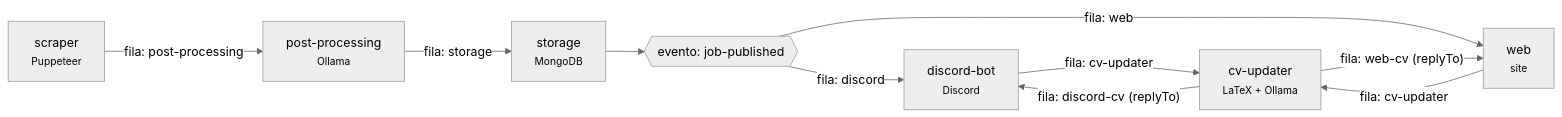
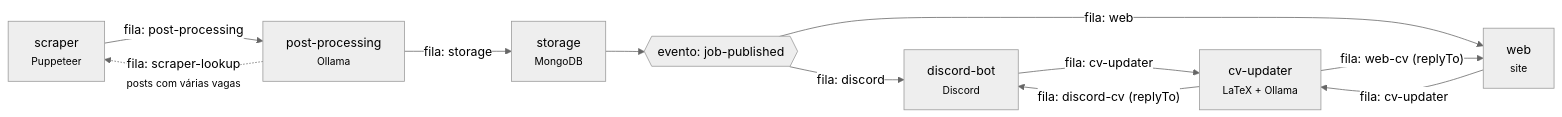
One commit to P0sseid0n/jobs-scraper changed the diagram in README.md. Above: the diagram before and after it, drawn with Mermaid (neutral theme). The commit also changed other lines of this file and 30 other files, not shown here.

First line of the commit message:
Divide posts que listam várias vagas e abre o link de cada uma

````diff
--- a/README.md
+++ b/README.md
@@ -9,12 +9,13 @@
 ```mermaid
 flowchart LR
 	scraper["scraper<br/><small>Puppeteer</small>"] -- "fila: post-processing" --> processing["post-processing<br/><small>Ollama</small>"]
+	processing -. "fila: scraper-lookup<br/><small>posts com várias vagas</small>" .-> scraper
 	processing -- "fila: storage" --> storage["storage<br/><small>MongoDB</small>"]
 	storage --> event{{"evento: job-published"}}
 	event -- "fila: discord" --> bot["discord-bot<br/><small>Discord</small>"]
 	bot -- "fila: cv-updater" --> cv["cv-updater<br/><small>LaTeX + Ollama</small>"]
 	cv -- "fila: discord-cv (replyTo)" --> bot
 	event -- "fila: web" --> web["web<br/><small>site</small>"]
 	web -- "fila: cv-updater" --> cv
 	cv -- "fila: web-cv (replyTo)" --> web
 ```
````
